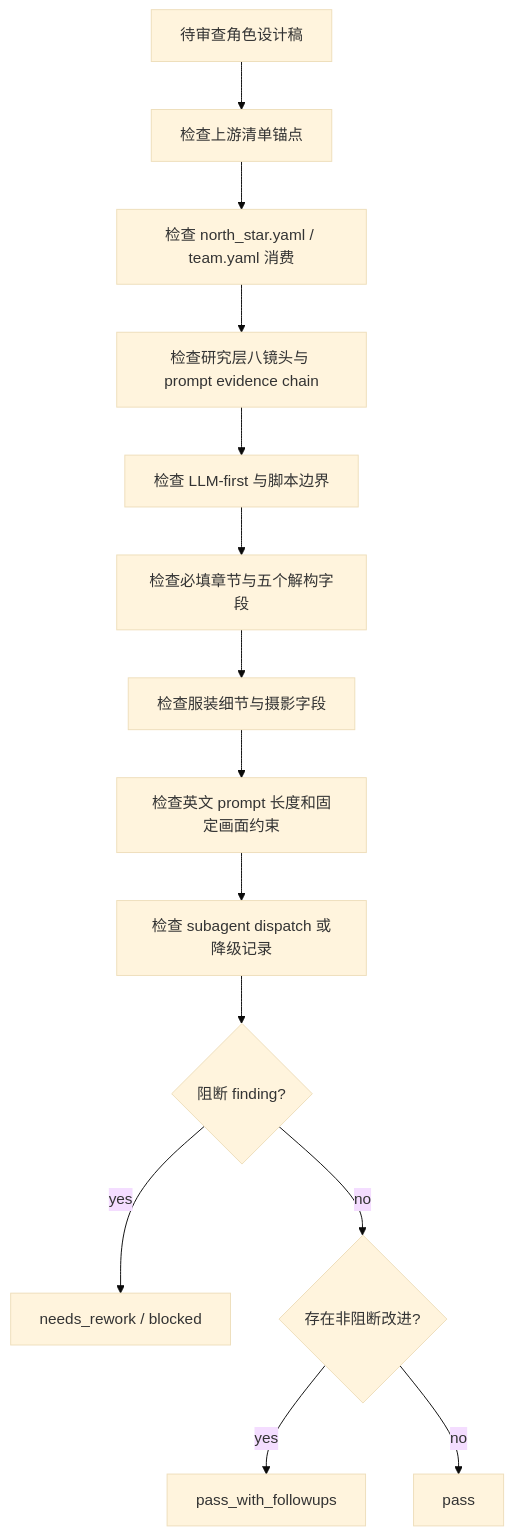
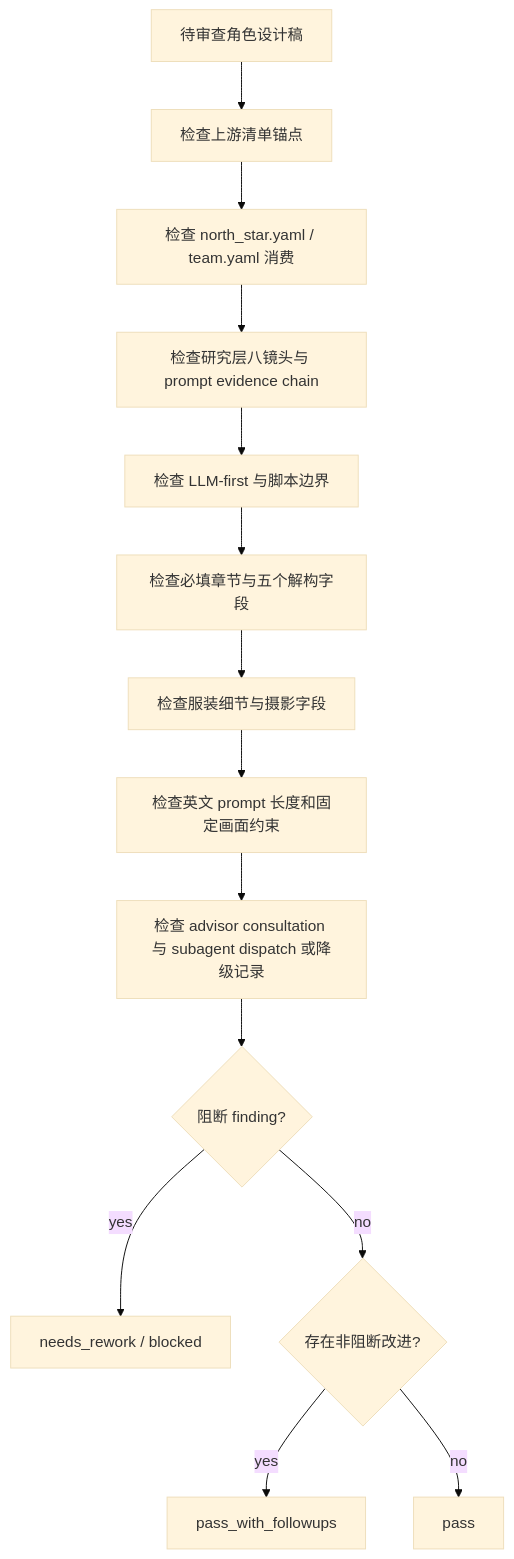
One commit to ZEN-VOID/AI-CUT changed the diagram in .agents/skills/aigc/5-设计/角色/2-设计/review/review-contract.md. Above: the diagram before and after it, drawn with Mermaid (base theme). The commit also changed other lines of this file and 256 other files, not shown here.

````diff
--- a/.agents/skills/aigc/5-设计/角色/2-设计/review/review-contract.md
+++ b/.agents/skills/aigc/5-设计/角色/2-设计/review/review-contract.md
@@ -66,16 +68,16 @@
 ```mermaid
 flowchart TD
     A["待审查角色设计稿"] --> B["检查上游清单锚点"]
     B --> C["检查 north_star.yaml / team.yaml 消费"]
     C --> R["检查研究层八镜头与 prompt evidence chain"]
     R --> D["检查 LLM-first 与脚本边界"]
     D --> E["检查必填章节与五个解构字段"]
     E --> F["检查服装细节与摄影字段"]
     F --> G["检查英文 prompt 长度和固定画面约束"]
-    G --> H["检查 subagent dispatch 或降级记录"]
+    G --> H["检查 advisor consultation 与 subagent dispatch 或降级记录"]
     H --> I{"阻断 finding?"}
     I -->|"yes"| J["needs_rework / blocked"]
     I -->|"no"| K{"存在非阻断改进?"}
     K -->|"yes"| L["pass_with_followups"]
     K -->|"no"| M["pass"]
 ```
````
